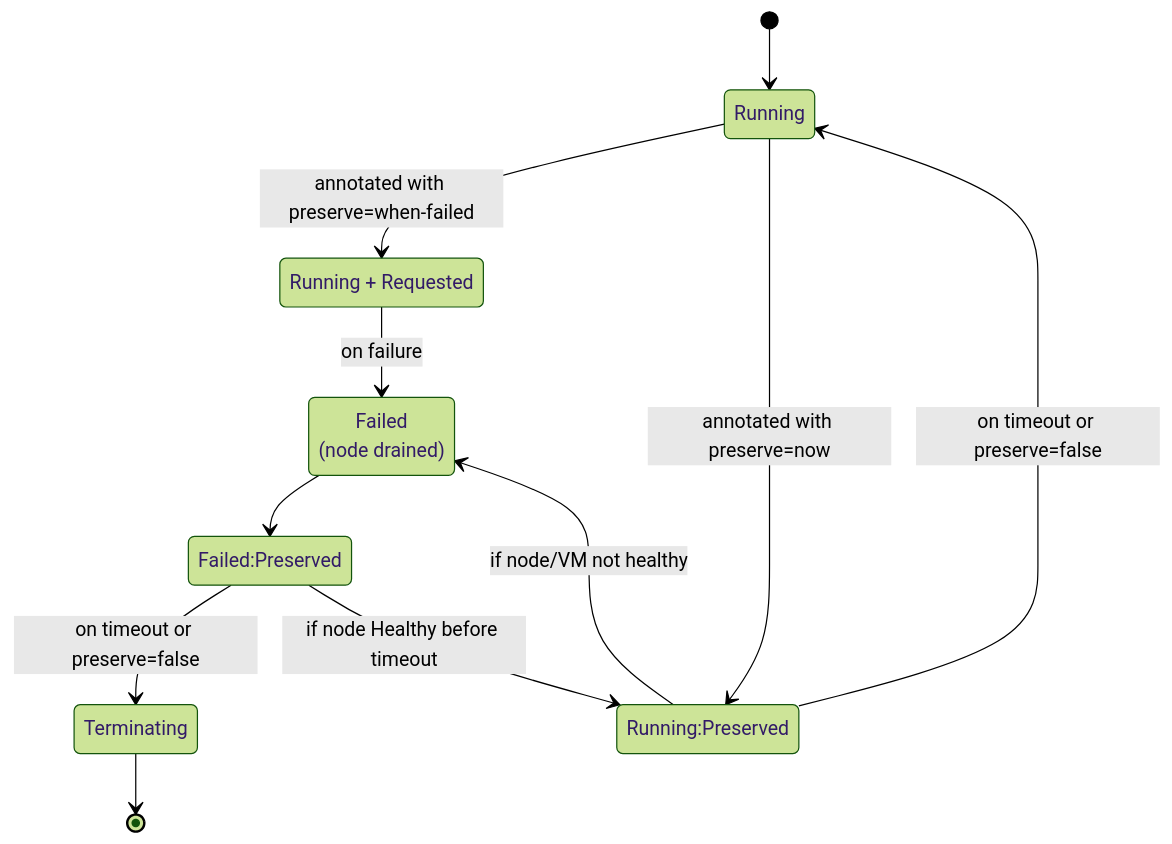
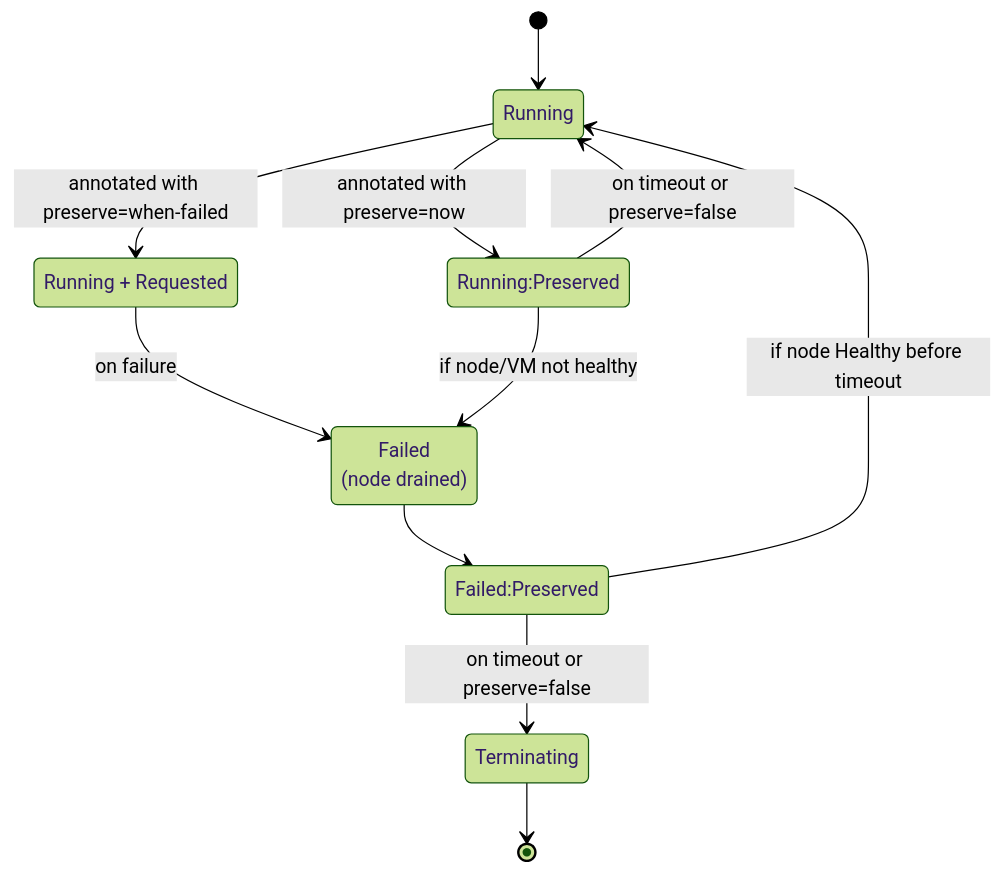
The first of 2 diagrams in docs/proposals/machine-preservation.md (gardener/machine-controller-manager), drawn with Mermaid (forest theme) before and after one commit. The commit also changed other lines of this file and 33 other files, not shown here.

````diff
--- a/docs/proposals/machine-preservation.md
+++ b/docs/proposals/machine-preservation.md
@@ -74,20 +74,20 @@
-    ```mermaid
+```mermaid
     stateDiagram-v2
         state "Running" as R
         state "Running + Requested" as RR
         state "Running:Preserved" as RP
         state "Failed
         (node drained)" as F
         state "Failed:Preserved" as FP
         state "Terminating" as T
         [*]-->R
         R --> RR: annotated with preserve=when-failed
         RP-->R: on timeout or preserve=false
         RR --> F: on failure
         F --> FP
         FP --> T: on timeout or preserve=false
-        FP --> RP: if node Healthy before timeout
+        FP --> R: if node Healthy before timeout
         T --> [*]
         R-->RP: annotated with preserve=now
         RP-->F: if node/VM not healthy
-    ```
+```
````
